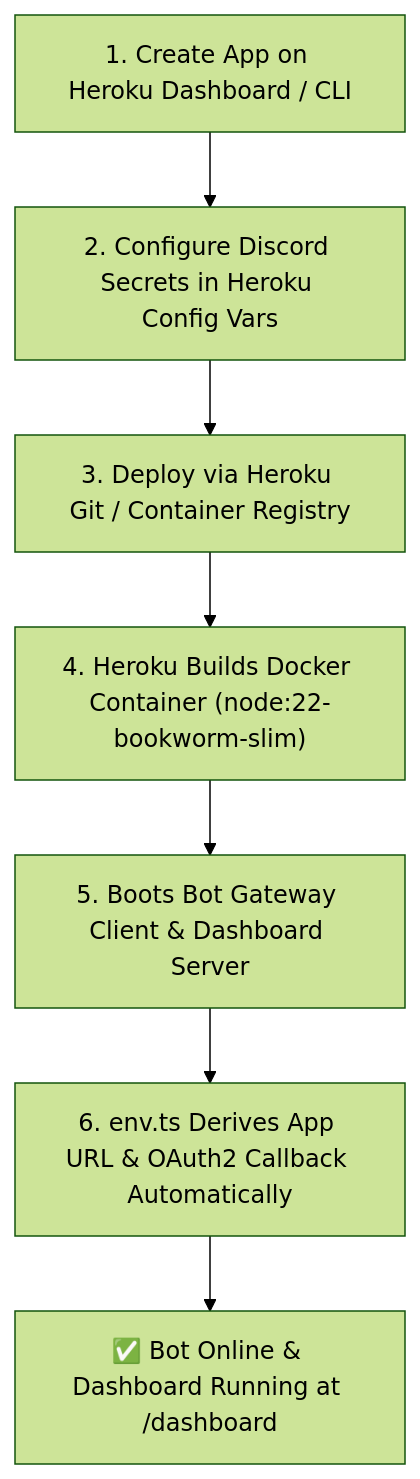
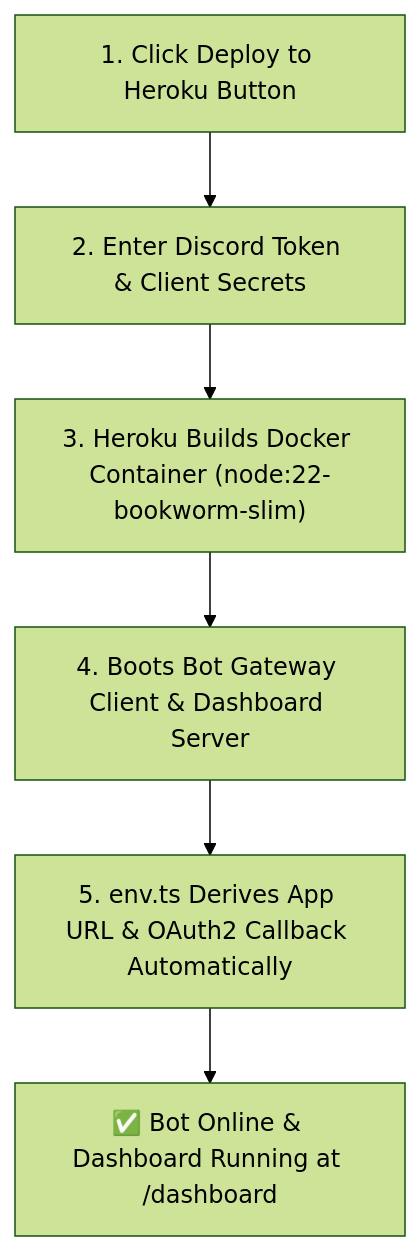
One commit to HELIX-Origin/HELIX-Discord-Bot changed the diagram in docs/deployment-heroku.md. Above: the diagram before and after it, drawn with Mermaid (forest theme). The commit also changed other lines of this file and 6 other files, not shown here.

Commit message:
feat(deploy): configure 1-click Heroku container deployment with app.json, heroku.yml, and robust production plugin loader

````diff
--- a/docs/deployment-heroku.md
+++ b/docs/deployment-heroku.md
@@ -9,9 +21,8 @@
 ```mermaid
 flowchart TD
-    Create["1. Create App on Heroku Dashboard / CLI"] --> Config["2. Configure Discord Secrets in Heroku Config Vars"]
-    Config --> Push["3. Deploy via Heroku Git / Container Registry"]
-    Push --> Build["4. Heroku Builds Docker Container (node:22-bookworm-slim)"]
-    Build --> Launch["5. Boots Bot Gateway Client & Dashboard Server"]
-    Launch --> Auto["6. env.ts Derives App URL & OAuth2 Callback Automatically"]
+    Button["1. Click Deploy to Heroku Button"] --> Inputs["2. Enter Discord Token & Client Secrets"]
+    Inputs --> Build["3. Heroku Builds Docker Container (node:22-bookworm-slim)"]
+    Build --> Launch["4. Boots Bot Gateway Client & Dashboard Server"]
+    Launch --> Auto["5. env.ts Derives App URL & OAuth2 Callback Automatically"]
     Auto --> Ready["✅ Bot Online & Dashboard Running at /dashboard"]
 ```
````
